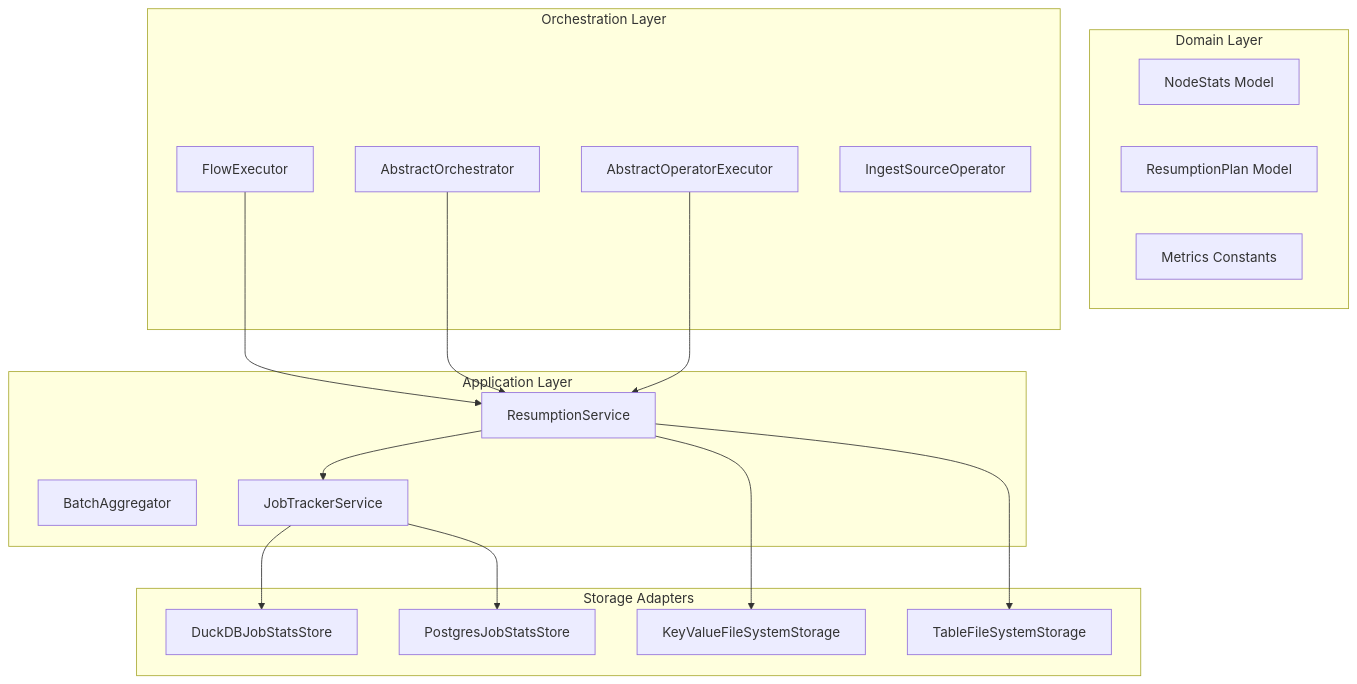
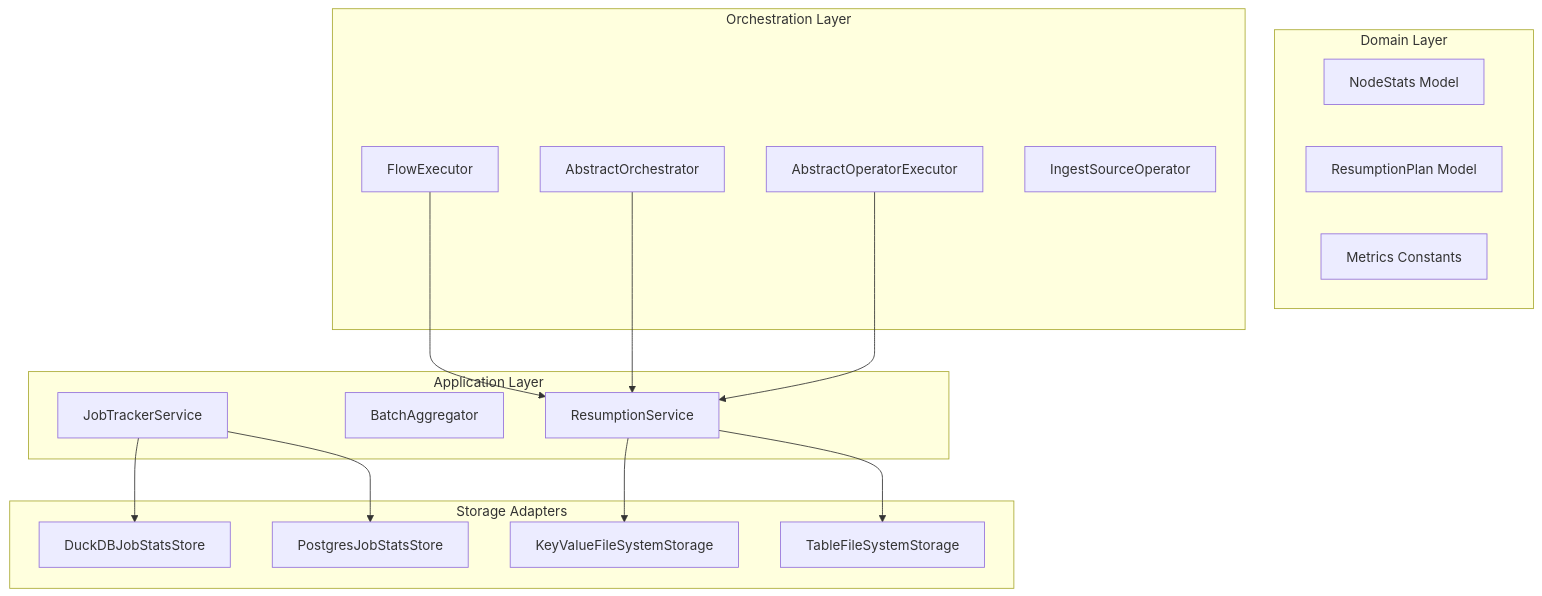
The diagram in openspec/changes/resume-failed-documents-node-level/design.md (docling-project/docling-pipelines), drawn with Mermaid before and after one commit. The commit also changed other lines of this file and 3 other files, not shown here.

````diff
--- a/openspec/changes/resume-failed-documents-node-level/design.md
+++ b/openspec/changes/resume-failed-documents-node-level/design.md
@@ -49,37 +69,36 @@
 ```mermaid
 graph TD
     subgraph Domain Layer
         NR[NodeStats Model]
         RP[ResumptionPlan Model]
         MS[Metrics Constants]
     end
 
     subgraph Application Layer
         RS[ResumptionService]
         BA[BatchAggregator]
         JS[JobTrackerService]
     end
 
     subgraph Orchestration Layer
         FE[FlowExecutor]
         AO[AbstractOrchestrator]
         OE[AbstractOperatorExecutor]
         ISO[IngestSourceOperator]
     end
 
     subgraph Storage Adapters
         DK[DuckDBJobStatsStore]
         PG[PostgresJobStatsStore]
         KV[KeyValueFileSystemStorage]
         TB[TableFileSystemStorage]
     end
 
-    RS --> JS
     RS --> KV
     RS --> TB
     FE --> RS
     AO --> RS
     OE --> RS
     JS --> DK
     JS --> PG
 ```
````
